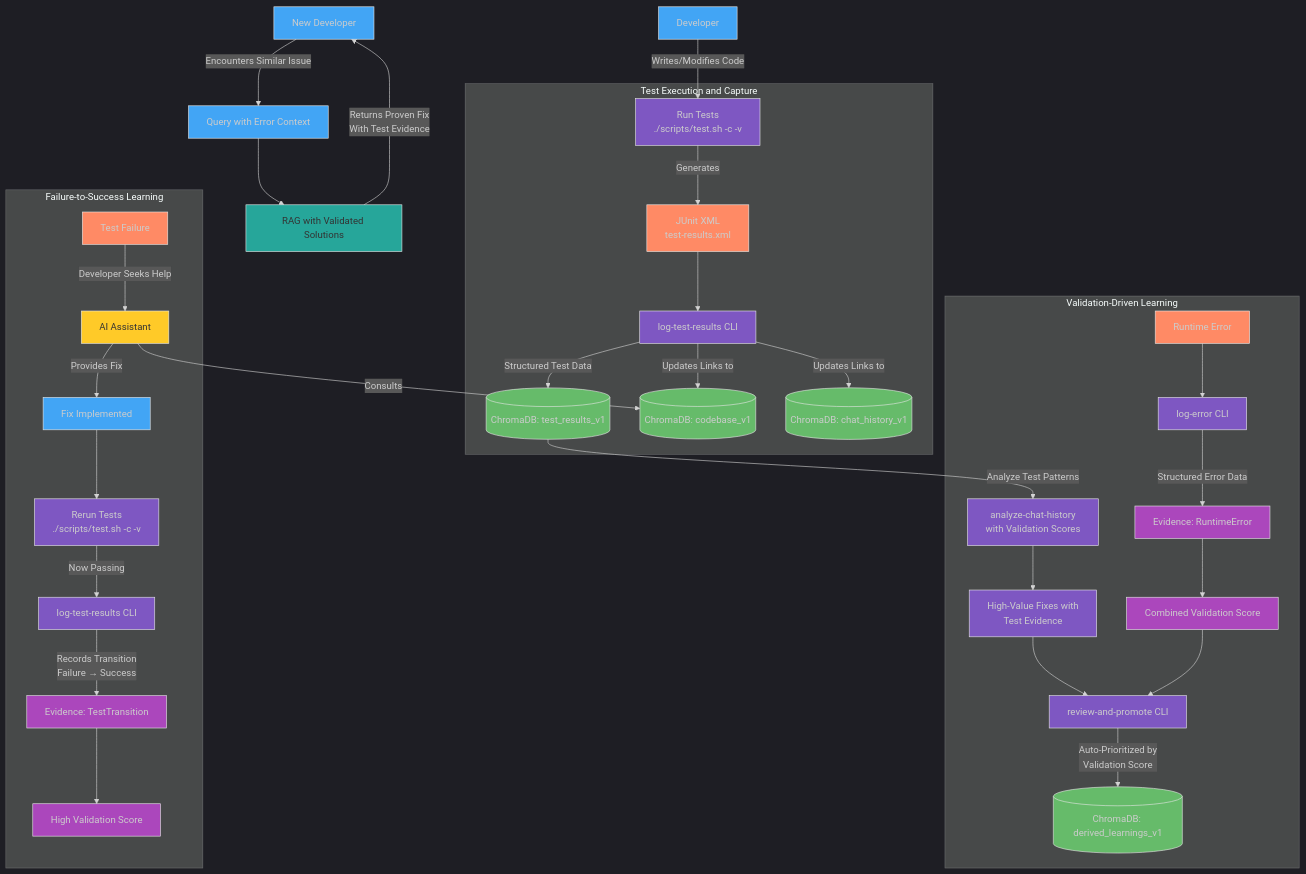
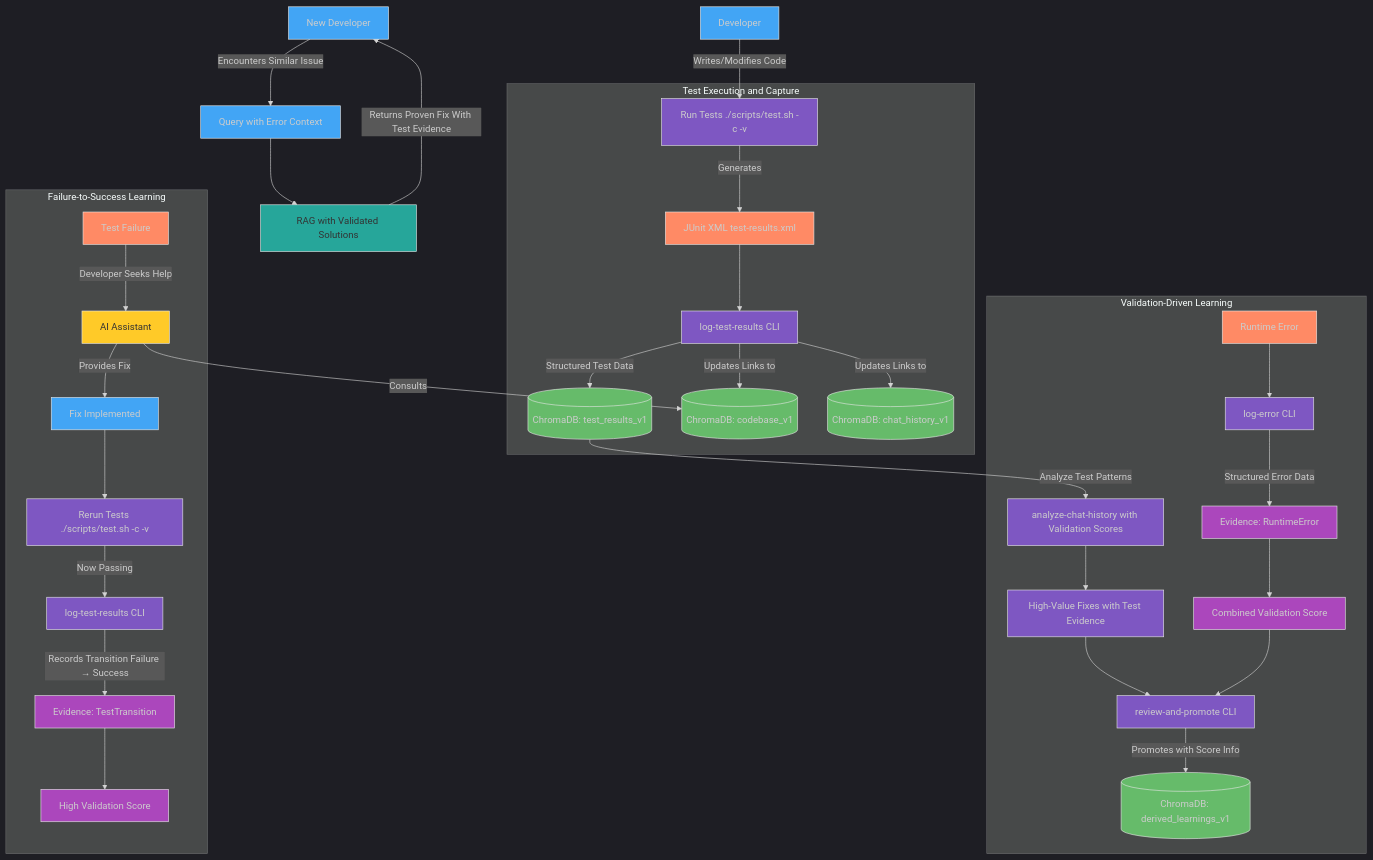
The fifth of 6 diagrams in docs/getting_started_second_brain.md (somebloke1/chroma_mcp_server), drawn with Mermaid before and after one commit. The commit also changed other lines of this file and 25 other files, not shown here.

````diff
--- a/docs/getting_started_second_brain.md
+++ b/docs/getting_started_second_brain.md
@@ -507,64 +525,64 @@
 ```mermaid
 %%{init: {'theme': 'dark'}}%%
 flowchart TD
-    A[Developer] -- Writes/Modifies Code --> B["Run Tests\n./scripts/test.sh -c -v"]
+    A[Developer] -- Writes/Modifies Code --> B["Run Tests ./scripts/test.sh -c -v"]
     
     subgraph "Test Execution and Capture"
-        B -- "Generates" --> C["JUnit XML\ntest-results.xml"]
+        B -- "Generates" --> C["JUnit XML test-results.xml"]
         C --> D["log-test-results CLI"]
         D -- "Structured Test Data" --> E[(ChromaDB: test_results_v1)]
         D -- "Updates Links to" --> F[(ChromaDB: codebase_v1)]
         D -- "Updates Links to" --> G[(ChromaDB: chat_history_v1)]
     end
     
     subgraph "Failure-to-Success Learning"
         H["Test Failure"] -- "Developer Seeks Help" --> I[AI Assistant]
         I -- "Consults" --> F
         I -- "Provides Fix" --> J["Fix Implemented"]
-        J --> K["Rerun Tests\n./scripts/test.sh -c -v"]
+        J --> K["Rerun Tests ./scripts/test.sh -c -v"]
         K -- "Now Passing" --> L["log-test-results CLI"]
-        L -- "Records Transition\nFailure → Success" --> M["Evidence: TestTransition"]
+        L -- "Records Transition Failure → Success" --> M["Evidence: TestTransition"]
         M --> N["High Validation Score"]
     end
     
     subgraph "Validation-Driven Learning"
-        E -- "Analyze Test Patterns" --> O["analyze-chat-history\nwith Validation Scores"]
-        O --> P["High-Value Fixes with\nTest Evidence"]
+        E -- "Analyze Test Patterns" --> O["analyze-chat-history with Validation Scores"]
+        O --> P["High-Value Fixes with Test Evidence"]
         P --> Q["review-and-promote CLI"]
-        Q -- "Auto-Prioritized by\nValidation Score" --> R[(ChromaDB: derived_learnings_v1)]
+        Q -- "Promotes with Score Info" --> R[(ChromaDB: derived_learnings_v1)]
         S["Runtime Error"] --> T["log-error CLI"]
         T -- "Structured Error Data" --> U["Evidence: RuntimeError"]
         U --> V["Combined Validation Score"]
         V --> Q
     end
     
     W[New Developer] -- "Encounters Similar Issue" --> X["Query with Error Context"]
     X --> Y["RAG with Validated Solutions"]
-    Y -- "Returns Proven Fix\nWith Test Evidence" --> W
+    Y -- "Returns Proven Fix With Test Evidence" --> W
 
     style A fill:#42A5F5,stroke:#E6E6E6,stroke-width:1px
     style B fill:#7E57C2,stroke:#E6E6E6,stroke-width:1px
     style C fill:#FF8A65,stroke:#E6E6E6,stroke-width:1px
     style D fill:#7E57C2,stroke:#E6E6E6,stroke-width:1px
     style E fill:#66BB6A,stroke:#E6E6E6,stroke-width:1px
     style F fill:#66BB6A,stroke:#E6E6E6,stroke-width:1px
     style G fill:#66BB6A,stroke:#E6E6E6,stroke-width:1px
     style H fill:#FF8A65,stroke:#E6E6E6,stroke-width:1px
     style I fill:#FFCA28,stroke:#E6E6E6,stroke-width:1px,color:#333333
     style J fill:#42A5F5,stroke:#E6E6E6,stroke-width:1px
     style K fill:#7E57C2,stroke:#E6E6E6,stroke-width:1px
     style L fill:#7E57C2,stroke:#E6E6E6,stroke-width:1px
     style M fill:#AB47BC,stroke:#E6E6E6,stroke-width:1px
     style N fill:#AB47BC,stroke:#E6E6E6,stroke-width:1px
     style O fill:#7E57C2,stroke:#E6E6E6,stroke-width:1px
     style P fill:#7E57C2,stroke:#E6E6E6,stroke-width:1px
     style Q fill:#7E57C2,stroke:#E6E6E6,stroke-width:1px
     style R fill:#66BB6A,stroke:#E6E6E6,stroke-width:1px
     style S fill:#FF8A65,stroke:#E6E6E6,stroke-width:1px
     style T fill:#7E57C2,stroke:#E6E6E6,stroke-width:1px
     style U fill:#AB47BC,stroke:#E6E6E6,stroke-width:1px
     style V fill:#AB47BC,stroke:#E6E6E6,stroke-width:1px
     style W fill:#42A5F5,stroke:#E6E6E6,stroke-width:1px
     style X fill:#42A5F5,stroke:#E6E6E6,stroke-width:1px
     style Y fill:#26A69A,stroke:#E6E6E6,stroke-width:1px,color:#333333
 ```
````
